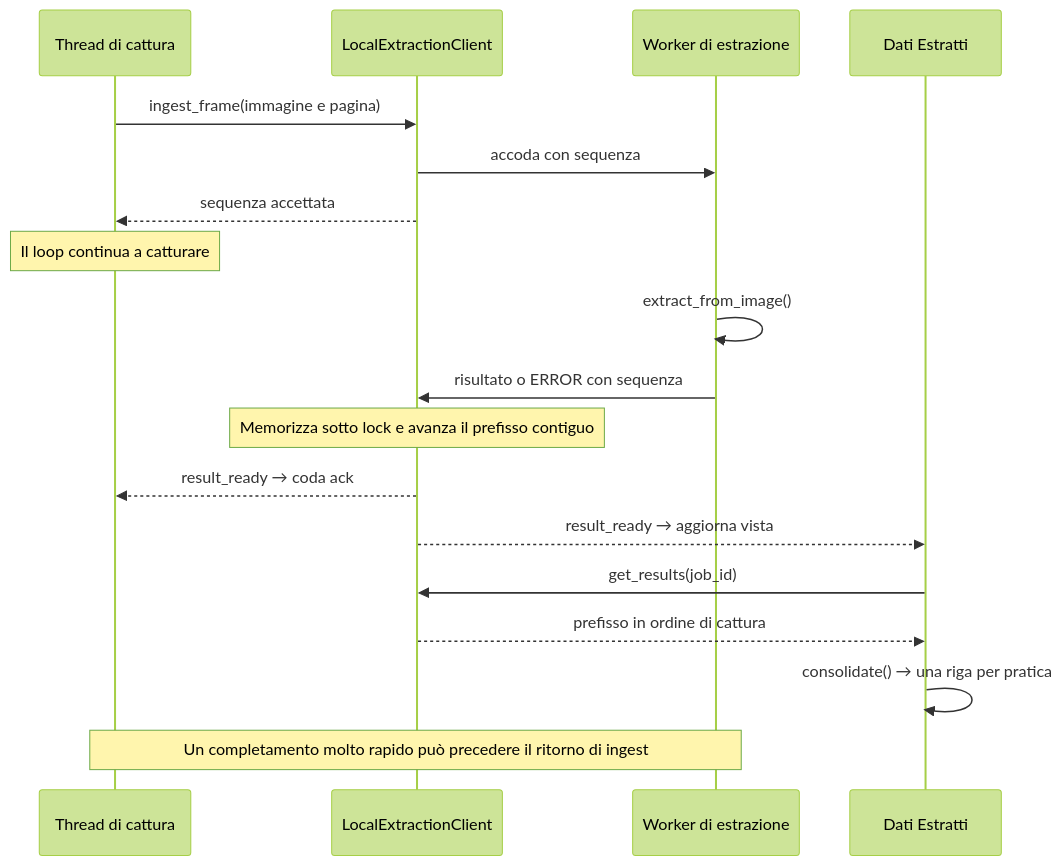
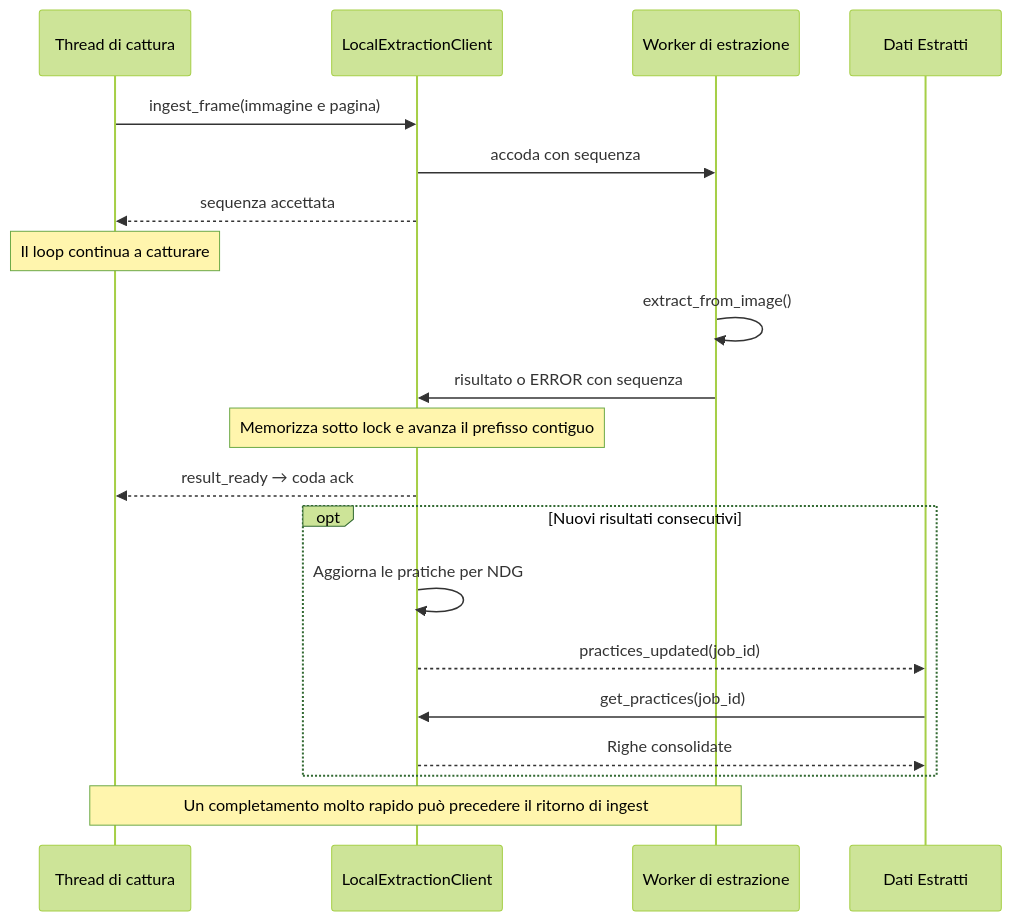
One commit to acaprino/MOL-BPER-OCR changed the fourth of 4 diagrams in docs/05-workflows.md. Above: the diagram before and after it, drawn with Mermaid (forest theme). The commit also changed other lines of this file and 20 other files, not shown here.

````diff
--- a/docs/05-workflows.md
+++ b/docs/05-workflows.md
@@ -165,20 +165,22 @@
 ```mermaid
 sequenceDiagram
     participant Capture as Thread di cattura
     participant Client as LocalExtractionClient
     participant Pool as Worker di estrazione
     participant UI as Dati Estratti
     Capture->>Client: ingest_frame(immagine e pagina)
     Client->>Pool: accoda con sequenza
     Client-->>Capture: sequenza accettata
     Note over Capture: Il loop continua a catturare
     Pool->>Pool: extract_from_image()
     Pool->>Client: risultato o ERROR con sequenza
     Note over Client: Memorizza sotto lock e avanza il prefisso contiguo
     Client-->>Capture: result_ready → coda ack
-    Client-->>UI: result_ready → aggiorna vista
-    UI->>Client: get_results(job_id)
-    Client-->>UI: prefisso in ordine di cattura
-    UI->>UI: consolidate() → una riga per pratica
+    opt Nuovi risultati consecutivi
+        Client->>Client: Aggiorna le pratiche per NDG
+        Client-->>UI: practices_updated(job_id)
+        UI->>Client: get_practices(job_id)
+        Client-->>UI: Righe consolidate
+    end
     Note over Capture,Pool: Un completamento molto rapido può precedere il ritorno di ingest
 ```
````
